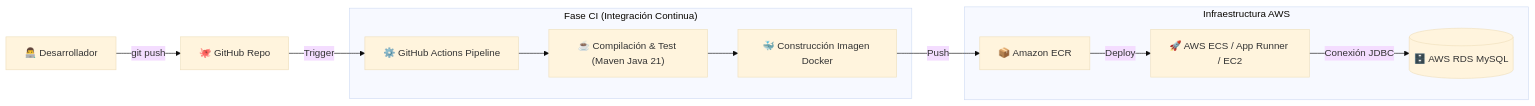
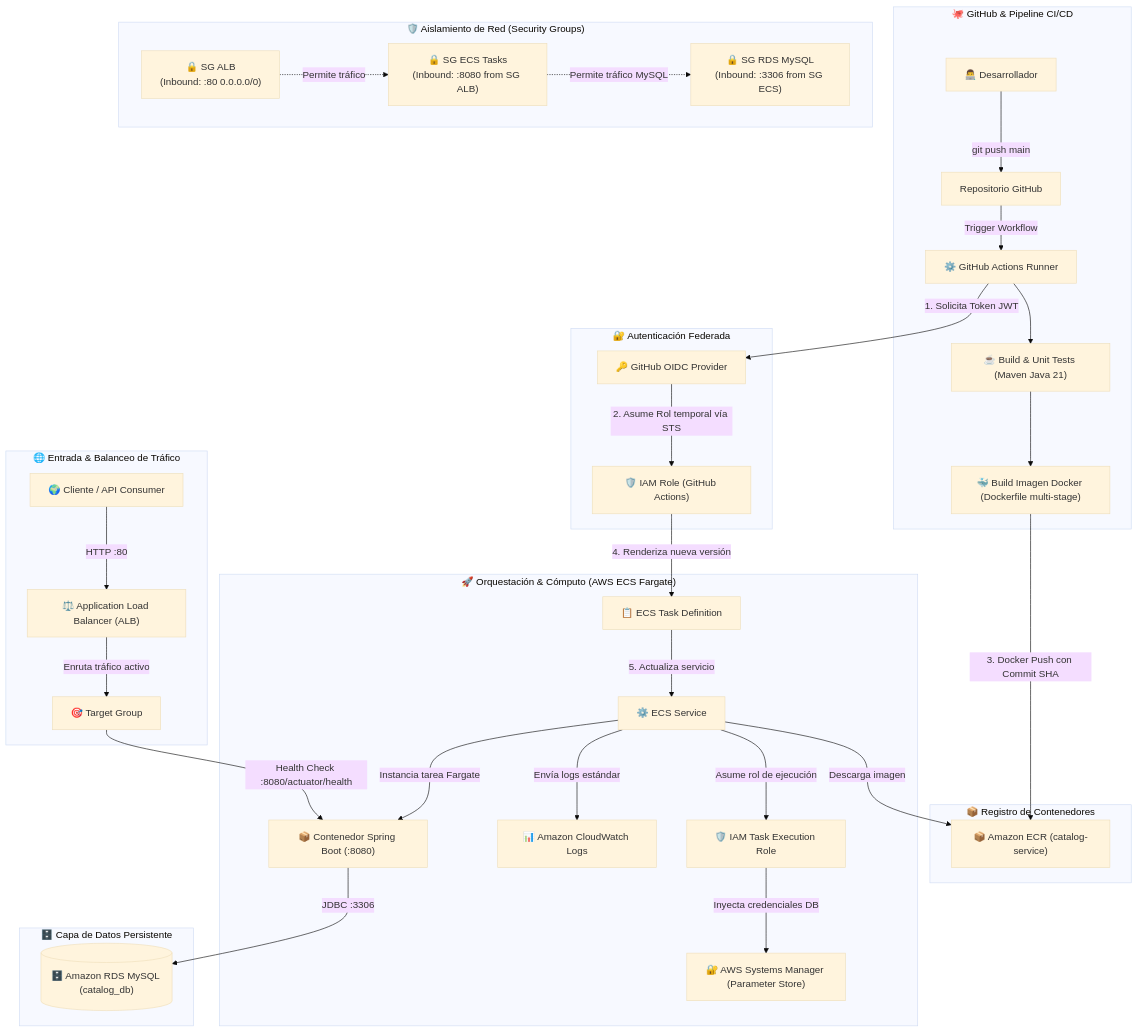
One commit to elivarl/catalog-service changed the second of 2 diagrams in README.md. Above: the diagram before and after it, drawn with Mermaid (base theme). The commit also changed other lines of this file, not shown here.

Commit message:
doc(readme): Actualizar documentacion servicios AWS

````diff
--- a/README.md
+++ b/README.md
@@ -56,16 +58,43 @@
 ```mermaid
-flowchart LR
-    Dev["👨‍💻 Desarrollador"] -->|git push| Repo["🐙 GitHub Repo"]
-    Repo -->|Trigger| GHActions["⚙️ GitHub Actions Pipeline"]
-    
-    subgraph CI["Fase CI (Integración Continua)"]
-        GHActions --> Build["☕ Compilación & Test (Maven Java 21)"]
-        Build --> DockerBuild["🐳 Construcción Imagen Docker"]
+flowchart TD
+    subgraph RepoGH["🐙 GitHub & Pipeline CI/CD"]
+        Dev["👨‍💻 Desarrollador"] -->|git push main| Repo["Repositorio GitHub"]
+        Repo -->|Trigger Workflow| GHActions["⚙️ GitHub Actions Runner"]
+        GHActions --> Build["☕ Build & Unit Tests (Maven Java 21)"]
+        Build --> DockerBuild["🐳 Build Imagen Docker (Dockerfile multi-stage)"]
     end
-    
-    subgraph AWS["Infraestructura AWS"]
-        DockerBuild -->|Push| ECR["📦 Amazon ECR"]
-        ECR -->|Deploy| ServiceAWS["🚀 AWS ECS / App Runner / EC2"]
-        ServiceAWS -->|Conexión JDBC| RDS[("🗄️ AWS RDS MySQL")]
+
+    subgraph AuthAWS["🔐 Autenticación Federada"]
+        GHActions -->|1. Solicita Token JWT| OIDC["🔑 GitHub OIDC Provider"]
+        OIDC -->|2. Asume Rol temporal vía STS| IAMRole["🛡️ IAM Role (GitHub Actions)"]
+    end
+
+    subgraph Registry["📦 Registro de Contenedores"]
+        DockerBuild -->|3. Docker Push con Commit SHA| ECR["📦 Amazon ECR (catalog-service)"]
+    end
+
+    subgraph Compute["🚀 Orquestación & Cómputo (AWS ECS Fargate)"]
+        IAMRole -->|4. Renderiza nueva versión| TaskDef["📋 ECS Task Definition"]
+        TaskDef -->|5. Actualiza servicio| ECSService["⚙️ ECS Service"]
+        ECSService -->|Descarga imagen| ECR
+        ECSService -->|Asume rol de ejecución| ExecRole["🛡️ IAM Task Execution Role"]
+        ExecRole -->|Inyecta credenciales DB| SSM["🔐 AWS Systems Manager (Parameter Store)"]
+        ECSService -->|Envía logs estándar| CW["📊 Amazon CloudWatch Logs"]
+        ECSService -->|Instancia tarea Fargate| Container["📦 Contenedor Spring Boot (:8080)"]
+    end
+
+    subgraph Traffic["🌐 Entrada & Balanceo de Tráfico"]
+        User["🌍 Cliente / API Consumer"] -->|HTTP :80| ALB["⚖️ Application Load Balancer (ALB)"]
+        ALB -->|Enruta tráfico activo| TG["🎯 Target Group"]
+        TG -->|Health Check :8080/actuator/health| Container
+    end
+
+    subgraph Data["🗄️ Capa de Datos Persistente"]
+        Container -->|JDBC :3306| RDS[("🗄️ Amazon RDS MySQL (catalog_db)")]
+    end
+
+    subgraph Security["🛡️ Aislamiento de Red (Security Groups)"]
+        SG_ALB["🔒 SG ALB<br/>(Inbound: :80 0.0.0.0/0)"] -.->|Permite tráfico| SG_ECS["🔒 SG ECS Tasks<br/>(Inbound: :8080 from SG ALB)"]
+        SG_ECS -.->|Permite tráfico MySQL| SG_RDS["🔒 SG RDS MySQL<br/>(Inbound: :3306 from SG ECS)"]
     end
 ```
````
